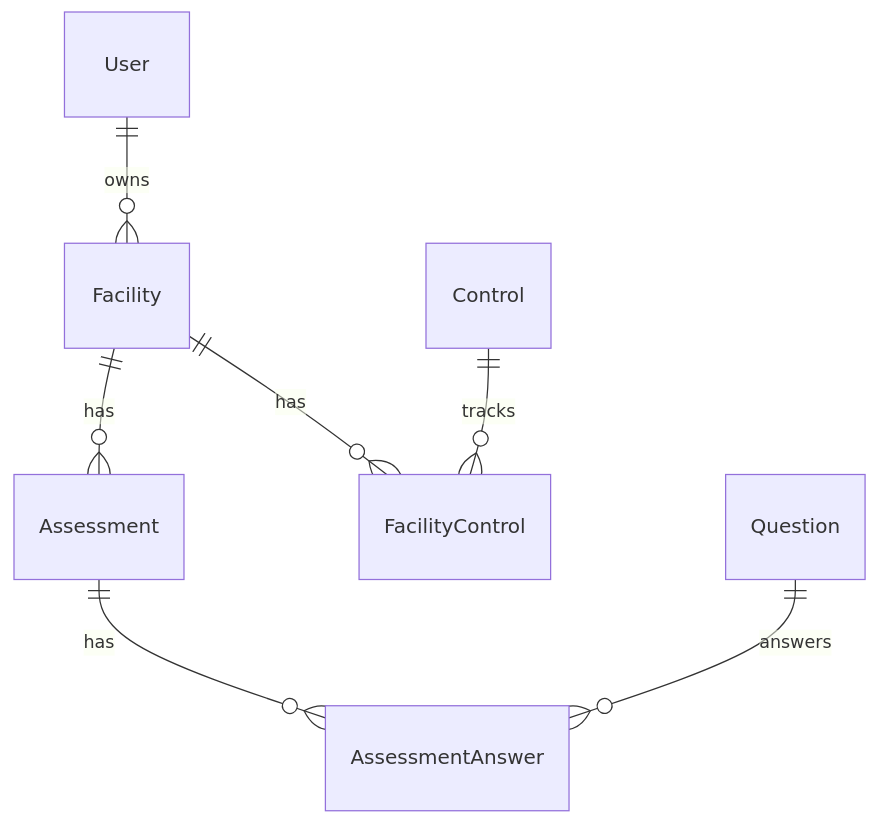
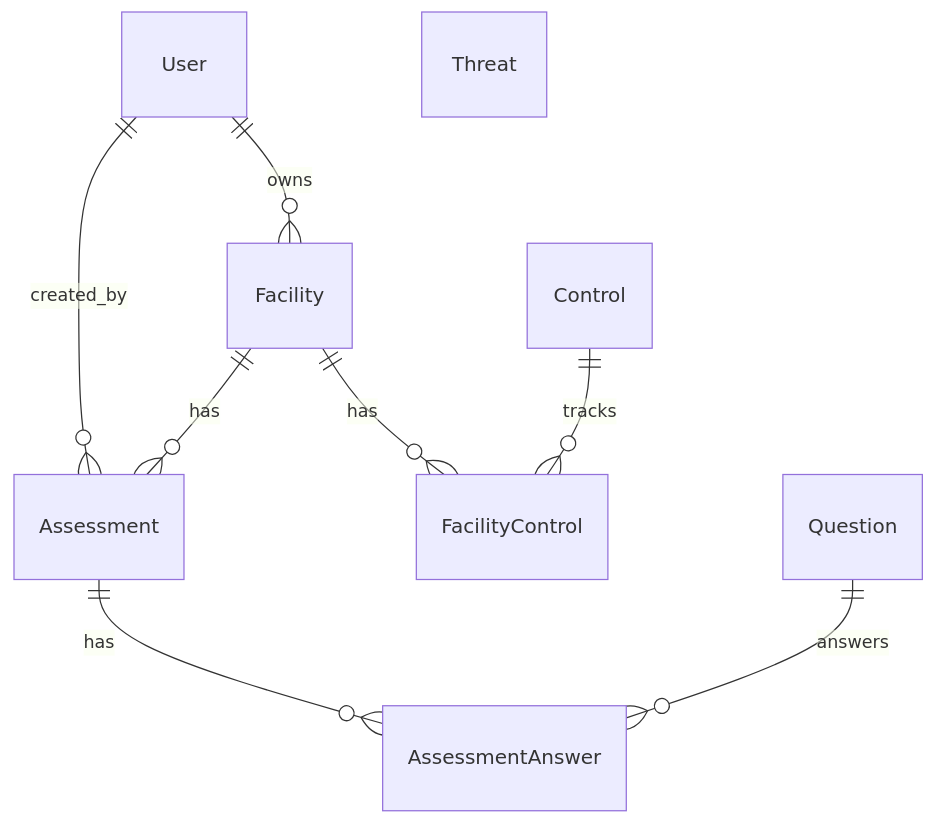
One commit to JackelineBDM/ics-risk-hub-fullstack changed the diagram in README.md. Above: the diagram before and after it, drawn with Mermaid. The commit also changed other lines of this file, not shown here.

Commit message:
docs: add field tables, deployment steps and updated ERD

```diff
--- a/README.md
+++ b/README.md
@@ -110,9 +110,11 @@
 ~~~mermaid
 erDiagram
     User ||--o{ Facility : owns
+    User ||--o{ Assessment : created_by
     Facility ||--o{ Assessment : has
     Facility ||--o{ FacilityControl : has
     Assessment ||--o{ AssessmentAnswer : has
     Question ||--o{ AssessmentAnswer : answers
     Control ||--o{ FacilityControl : tracks
+    Threat
 ~~~
```
